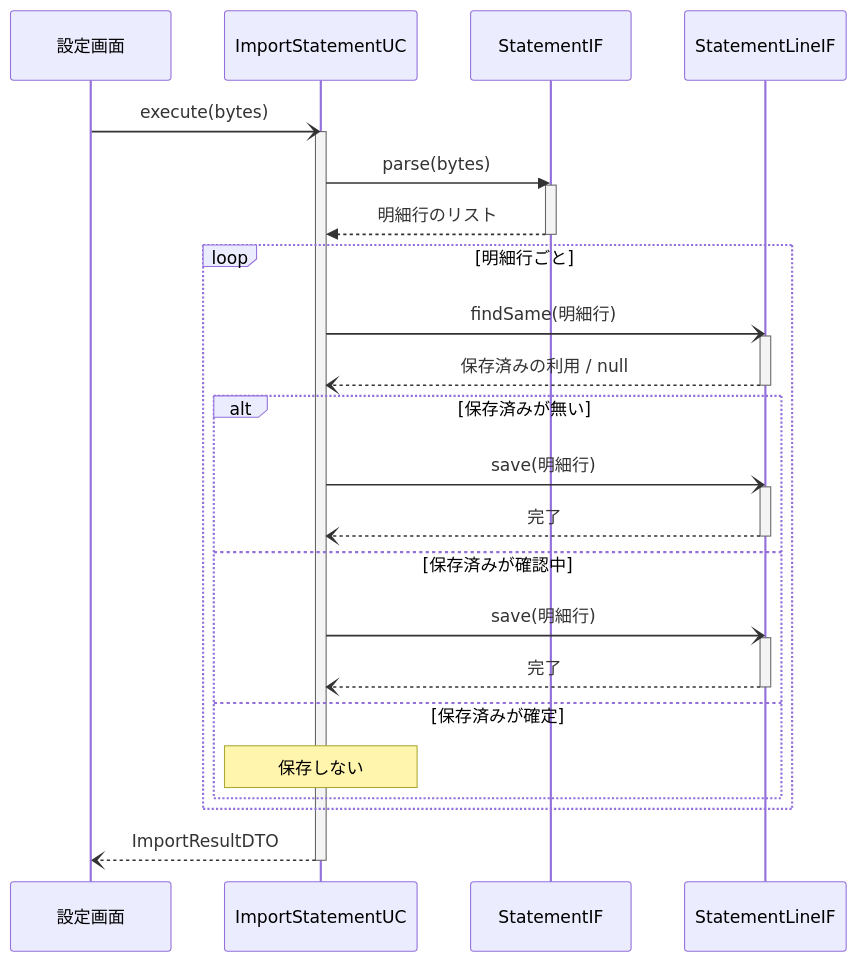
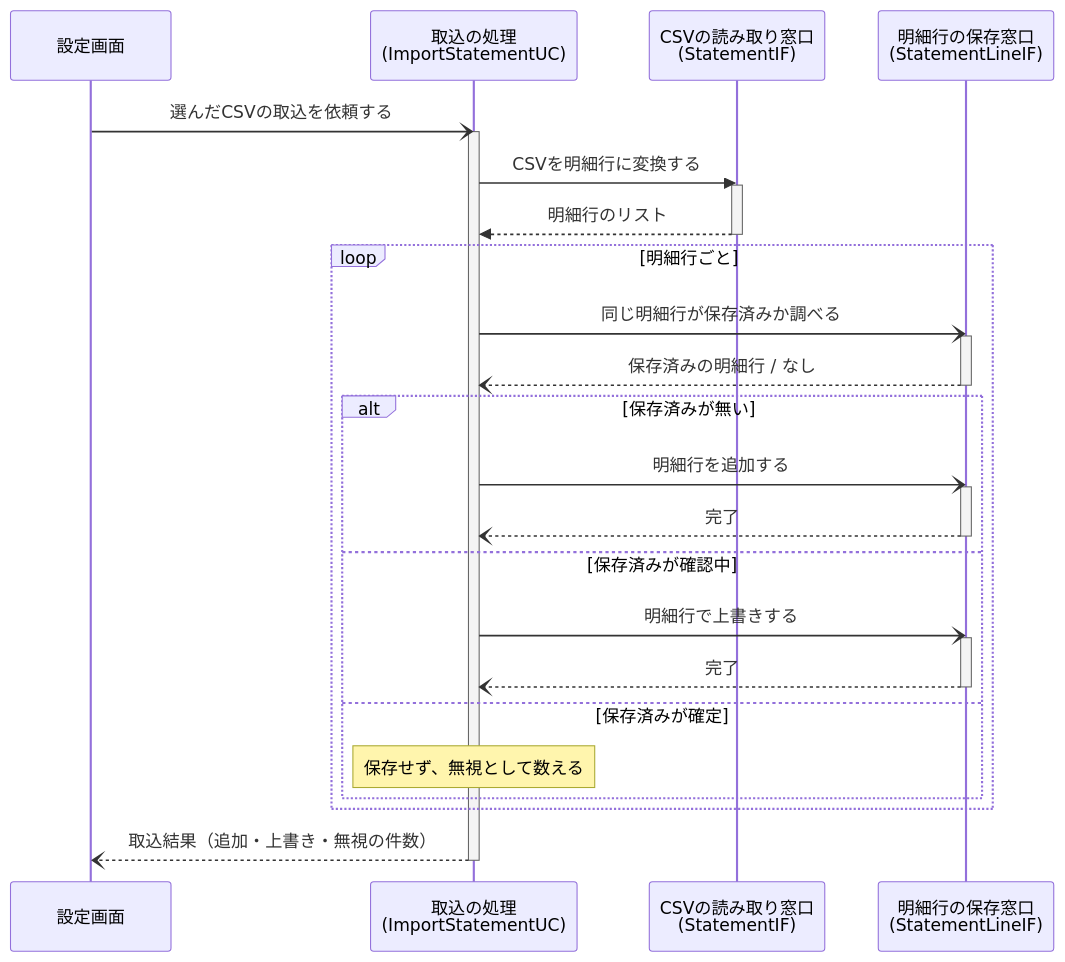
One commit to hnt1028/etc-meisai changed the diagram in docs/systems/processes/PRC-001-import-statement.md. Above: the diagram before and after it, drawn with Mermaid. The commit also changed 8 other files, not shown here.

Commit message:
Update: PR #18のレビュー対応（共通widget化、シーケンス図の日本語化、画面イメージをdraw.ioに変更）

````diff
--- a/docs/systems/processes/PRC-001-import-statement.md
+++ b/docs/systems/processes/PRC-001-import-statement.md
@@ -38,35 +38,35 @@
 ```mermaid
 sequenceDiagram
     participant UI as 設定画面
-    participant UC as ImportStatementUC
-    participant ST as StatementIF
-    participant TR as StatementLineIF
+    participant UC as 取込の処理<br/>(ImportStatementUC)
+    participant ST as CSVの読み取り窓口<br/>(StatementIF)
+    participant TR as 明細行の保存窓口<br/>(StatementLineIF)
 
-    UI-)UC: execute(bytes)
+    UI-)UC: 選んだCSVの取込を依頼する
     activate UC
-    UC->>ST: parse(bytes)
+    UC->>ST: CSVを明細行に変換する
     activate ST
     ST-->>UC: 明細行のリスト
     deactivate ST
     loop 明細行ごと
-        UC-)TR: findSame(明細行)
+        UC-)TR: 同じ明細行が保存済みか調べる
         activate TR
-        TR--)UC: 保存済みの利用 / null
+        TR--)UC: 保存済みの明細行 / なし
         deactivate TR
         alt 保存済みが無い
-            UC-)TR: save(明細行)
+            UC-)TR: 明細行を追加する
             activate TR
             TR--)UC: 完了
             deactivate TR
         else 保存済みが確認中
-            UC-)TR: save(明細行)
+            UC-)TR: 明細行で上書きする
             activate TR
             TR--)UC: 完了
             deactivate TR
         else 保存済みが確定
-            Note over UC: 保存しない
+            Note over UC: 保存せず、無視として数える
         end
     end
-    UC--)UI: ImportResultDTO
+    UC--)UI: 取込結果（追加・上書き・無視の件数）
     deactivate UC
 ```
````
